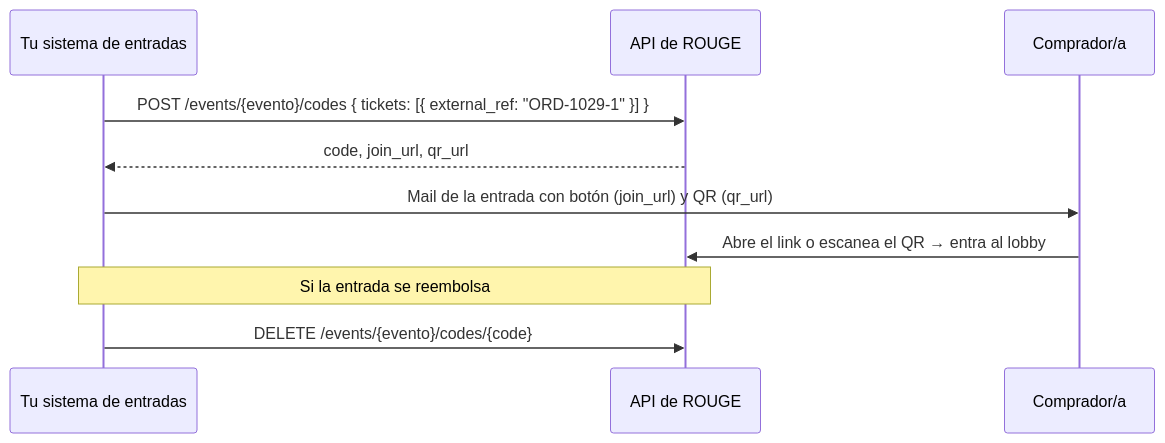
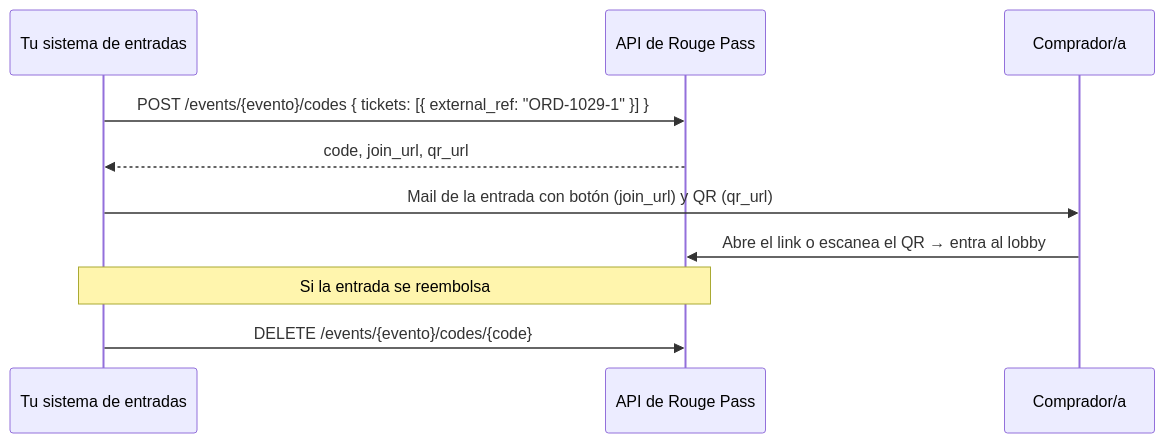
One commit to Ch0t1n/Rouge changed the diagram in docs/api/README.md. Above: the diagram before and after it, drawn with Mermaid. The commit also changed other lines of this file and 56 other files, not shown here.

First line of the commit message:
Nuevo nombre: Rouge Pass

````diff
--- a/docs/api/README.md
+++ b/docs/api/README.md
@@ -30,12 +30,12 @@
 ```mermaid
 sequenceDiagram
   participant T as Tu sistema de entradas
-  participant R as API de ROUGE
+  participant R as API de Rouge Pass
   participant C as Comprador/a
   T->>R: POST /events/{evento}/codes { tickets: [{ external_ref: "ORD-1029-1" }] }
   R-->>T: code, join_url, qr_url
   T->>C: Mail de la entrada con botón (join_url) y QR (qr_url)
   C->>R: Abre el link o escanea el QR → entra al lobby
   Note over T,R: Si la entrada se reembolsa
   T->>R: DELETE /events/{evento}/codes/{code}
 ```
````
